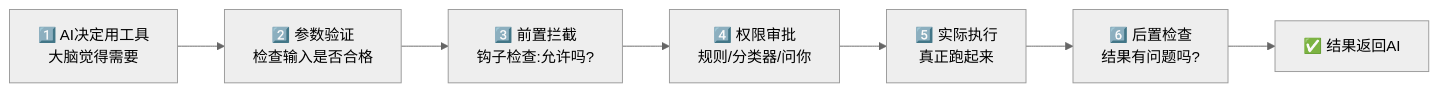
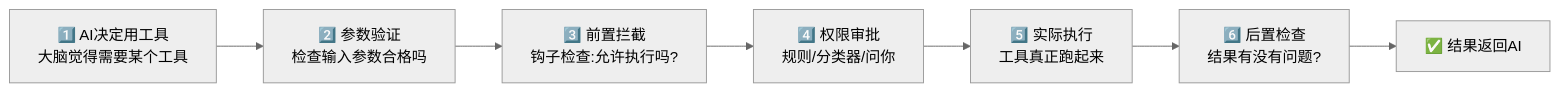
Before and after one commit to WSbaikaishui/claude-code-source-code: the seventh of 25 diagrams in docs/architecture/00-visual-guide-complete.md, drawn with Mermaid (neutral theme). The commit also changed other lines of this file and 73 other files, not shown here.

First line of the commit message:
Fix all Mermaid diagrams: restore semantics + fix dimensions

````diff
--- a/docs/architecture/00-visual-guide-complete.md
+++ b/docs/architecture/00-visual-guide-complete.md
@@ -222,12 +209,9 @@
 ```mermaid
 graph LR
-    P1["1️⃣ AI决定用工具<br/>大脑觉得需要"]
-    P2["2️⃣ 参数验证<br/>检查输入是否合格"]
-    P3["3️⃣ 前置拦截<br/>钩子检查:允许吗?"]
-    P4["4️⃣ 权限审批<br/>规则/分类器/问你"]
-    P5["5️⃣ 实际执行<br/>真正跑起来"]
-    P6["6️⃣ 后置检查<br/>结果有问题吗?"]
-    P7["✅ 结果返回AI"]
-
-    P1 --> P2 --> P3 --> P4 --> P5 --> P6 --> P7
+    P1["1️⃣ AI决定用工具<br/>大脑觉得需要某个工具"] --> P2["2️⃣ 参数验证<br/>检查输入参数合格吗"]
+    P2 --> P3["3️⃣ 前置拦截<br/>钩子检查:允许执行吗?"]
+    P3 --> P4["4️⃣ 权限审批<br/>规则/分类器/问你"]
+    P4 --> P5["5️⃣ 实际执行<br/>工具真正跑起来"]
+    P5 --> P6["6️⃣ 后置检查<br/>结果有没有问题?"]
+    P6 --> P7["✅ 结果返回AI"]
 ```
````
